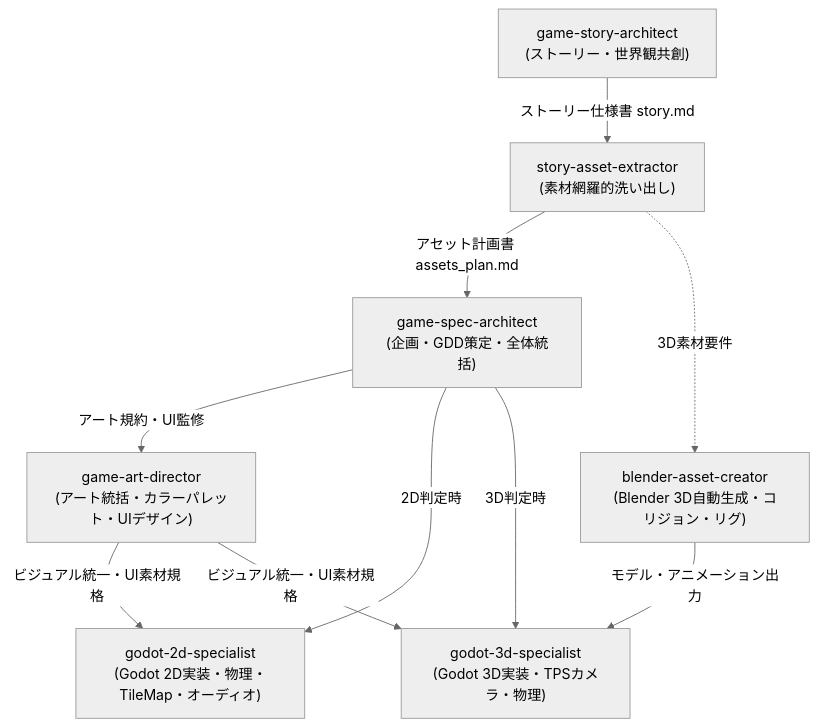
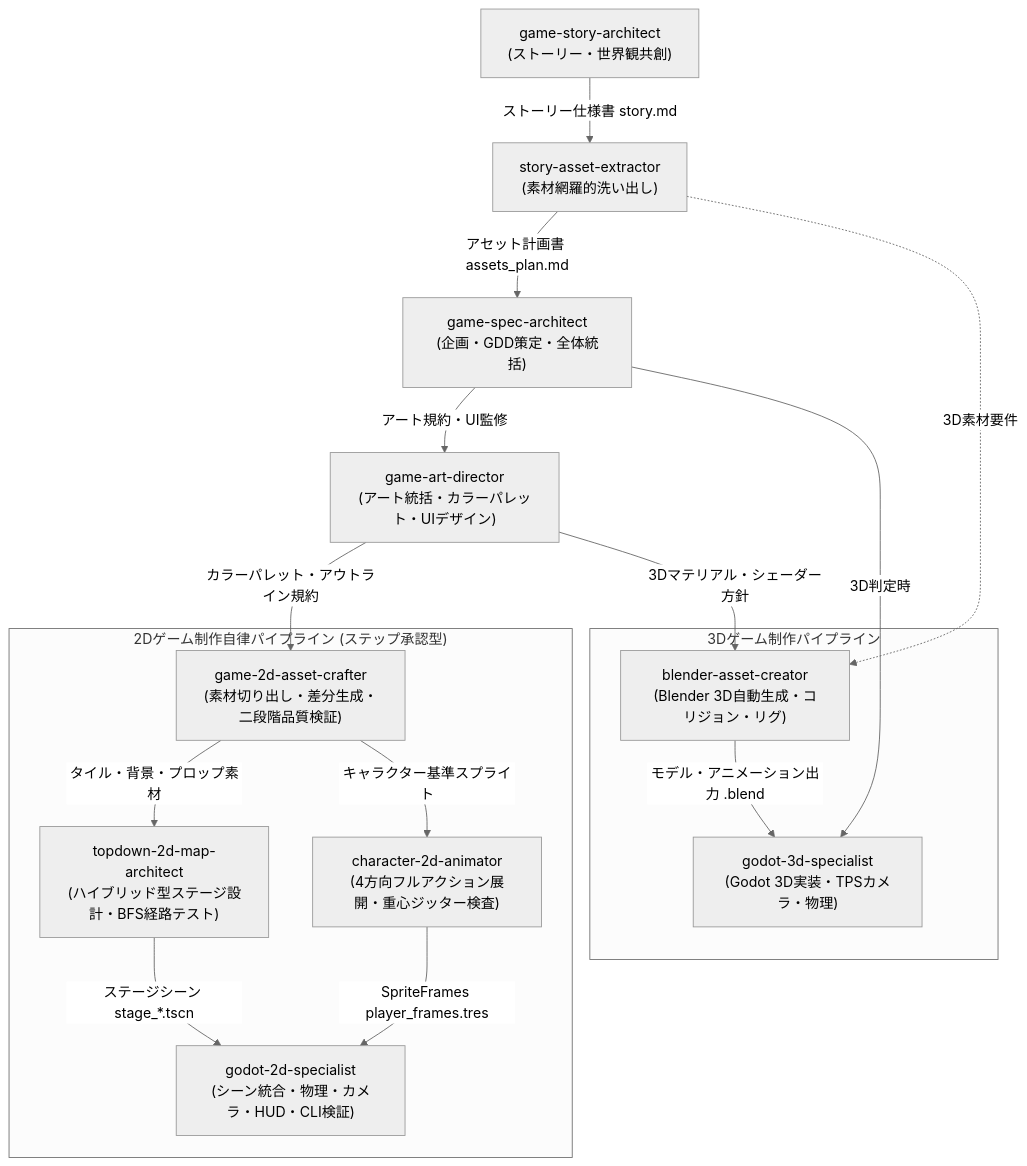
One commit to kohma0714t-arch/godot_game_skill changed the diagram in README.md. Above: the diagram before and after it, drawn with Mermaid (neutral theme). The commit also changed other lines of this file and 20 other files, not shown here.

````diff
--- a/README.md
+++ b/README.md
@@ -25,20 +28,34 @@
 ```mermaid
 flowchart TD
     GStory["game-story-architect\n(ストーリー・世界観共創)"]
     SAExt["story-asset-extractor\n(素材網羅的洗い出し)"]
     GSA["game-spec-architect\n(企画・GDD策定・全体統括)"]
     GAD["game-art-director\n(アート統括・カラーパレット・UIデザイン)"]
-    G2D["godot-2d-specialist\n(Godot 2D実装・物理・TileMap・オーディオ)"]
-    G3D["godot-3d-specialist\n(Godot 3D実装・TPSカメラ・物理)"]
-    BAC["blender-asset-creator\n(Blender 3D自動生成・コリジョン・リグ)"]
+
+    subgraph Pipeline2D ["2Dゲーム制作自律パイプライン (ステップ承認型)"]
+        G2D_Craft["game-2d-asset-crafter\n(素材切り出し・差分生成・二段階品質検証)"]
+        G2D_Map["topdown-2d-map-architect\n(ハイブリッド型ステージ設計・BFS経路テスト)"]
+        G2D_Anim["character-2d-animator\n(4方向フルアクション展開・重心ジッター検査)"]
+        G2D["godot-2d-specialist\n(シーン統合・物理・カメラ・HUD・CLI検証)"]
+    end
+
+    subgraph Pipeline3D ["3Dゲーム制作パイプライン"]
+        BAC["blender-asset-creator\n(Blender 3D自動生成・コリジョン・リグ)"]
+        G3D["godot-3d-specialist\n(Godot 3D実装・TPSカメラ・物理)"]
+    end
 
     GStory -->|ストーリー仕様書 story.md| SAExt
     SAExt -->|アセット計画書 assets_plan.md| GSA
     GSA -->|アート規約・UI監修| GAD
-    GSA -->|2D判定時| G2D
+    
+    GAD -->|カラーパレット・アウトライン規約| G2D_Craft
+    G2D_Craft -->|タイル・背景・プロップ素材| G2D_Map
+    G2D_Craft -->|キャラクター基準スプライト| G2D_Anim
+    G2D_Map -->|ステージシーン stage_*.tscn| G2D
+    G2D_Anim -->|SpriteFrames player_frames.tres| G2D
+
+    GAD -->|3Dマテリアル・シェーダー方針| BAC
+    SAExt -.->|3D素材要件| BAC
+    BAC -->|モデル・アニメーション出力 .blend| G3D
     GSA -->|3D判定時| G3D
-    SAExt -.->|3D素材要件| BAC
-    BAC -->|モデル・アニメーション出力| G3D
-    GAD -->|ビジュアル統一・UI素材規格| G2D
-    GAD -->|ビジュアル統一・UI素材規格| G3D
 ```
````
